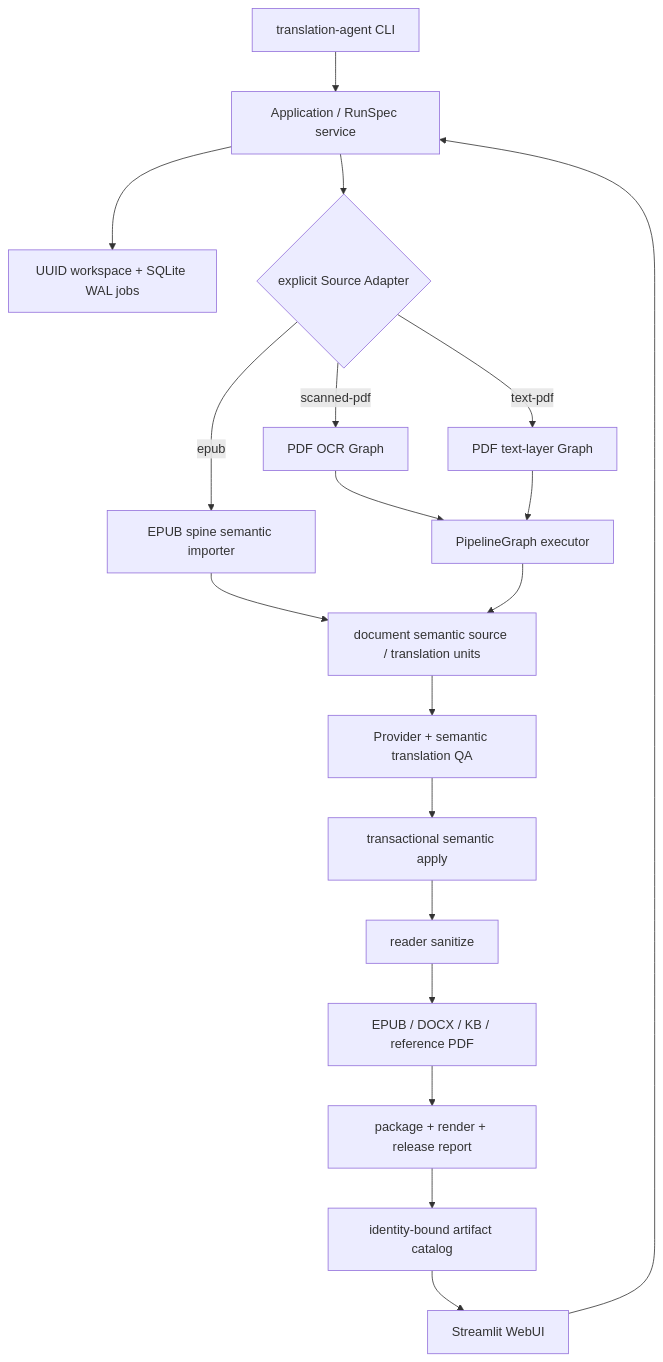
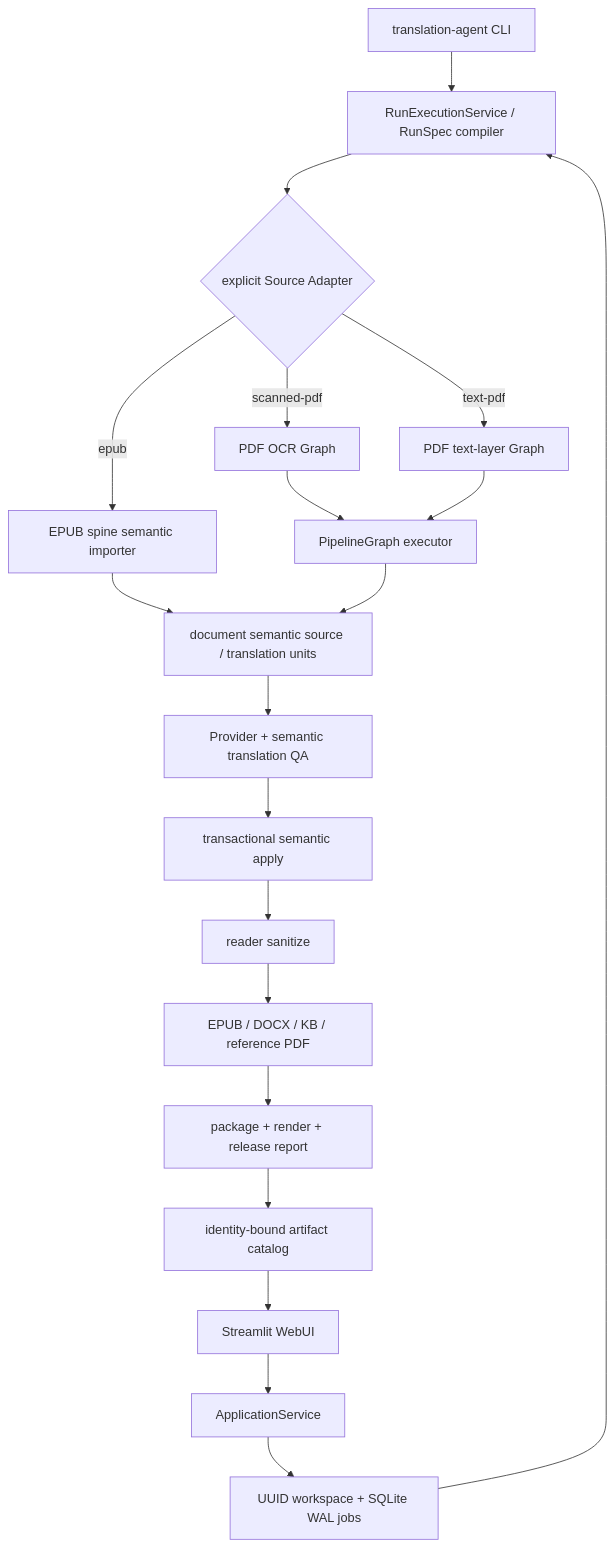
Before and after one commit to 693623649-border/translation-agent: the diagram in docs/product-architecture.md, drawn with Mermaid. The commit also changed other lines of this file and 25 other files, not shown here.

First line of the commit message:
feat: unify product execution and harden web jobs

````diff
--- a/docs/product-architecture.md
+++ b/docs/product-architecture.md
@@ -8,21 +8,22 @@
 ```mermaid
 flowchart TB
-    CLI["translation-agent CLI"] --> APP["Application / RunSpec service"]
-    UI["Streamlit WebUI"] --> APP
+    CLI["translation-agent CLI"] --> RUN["RunExecutionService / RunSpec compiler"]
+    UI["Streamlit WebUI"] --> APP["ApplicationService"]
     APP --> JOBS["UUID workspace + SQLite WAL jobs"]
-    APP --> ADAPTER{"explicit Source Adapter"}
+    JOBS --> RUN
+    RUN --> ADAPTER{"explicit Source Adapter"}
     ADAPTER -->|"scanned-pdf"| OCR["PDF OCR Graph"]
     ADAPTER -->|"text-pdf"| TEXT["PDF text-layer Graph"]
     ADAPTER -->|"epub"| EPUB["EPUB spine semantic importer"]
     OCR --> DAG["PipelineGraph executor"]
     TEXT --> DAG
     EPUB --> SOURCE["document semantic source / translation units"]
     DAG --> SOURCE
     SOURCE --> TRANSLATE["Provider + semantic translation QA"]
     TRANSLATE --> APPLY["transactional semantic apply"]
     APPLY --> SANITIZE["reader sanitize"]
     SANITIZE --> PUBLISH["EPUB / DOCX / KB / reference PDF"]
     PUBLISH --> VERIFY["package + render + release report"]
     VERIFY --> CATALOG["identity-bound artifact catalog"]
     CATALOG --> UI
 ```
````
